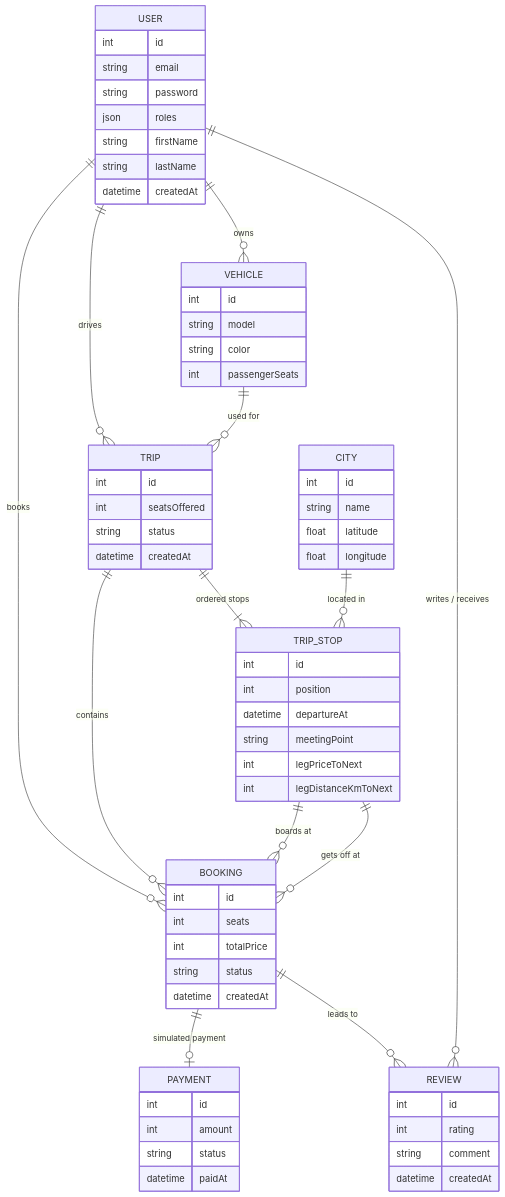
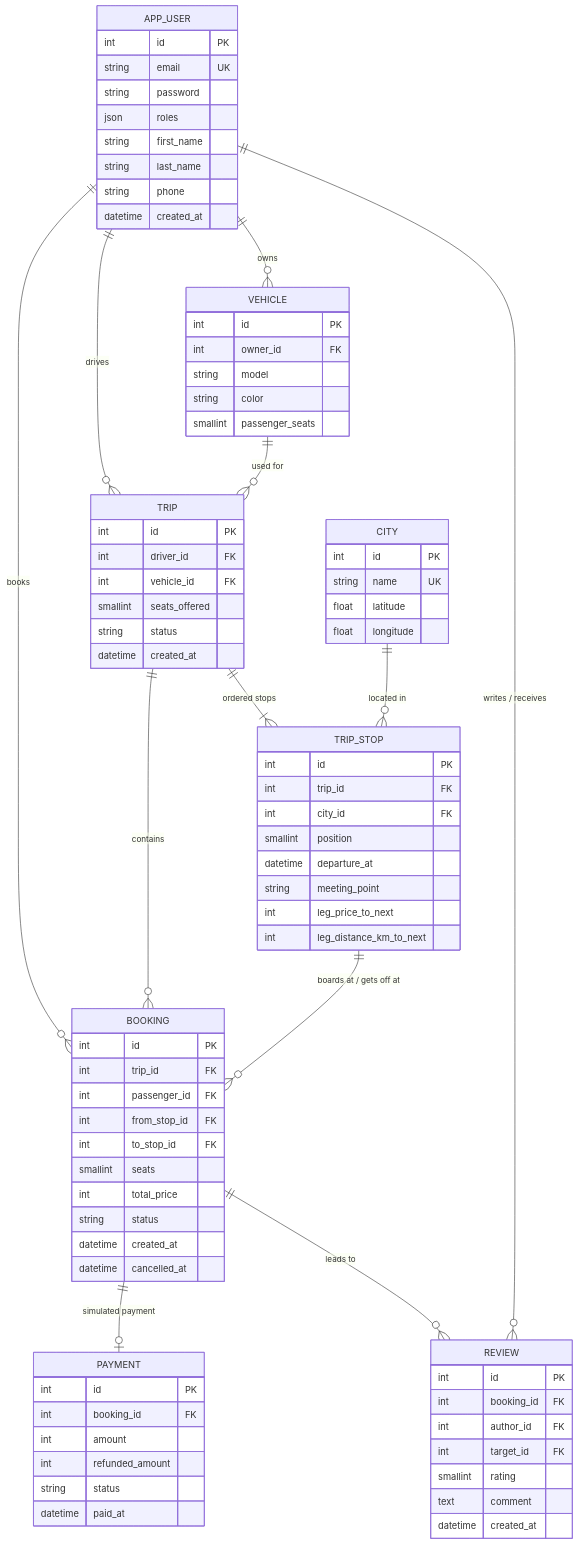
One commit to oubellaismail/rihla changed the diagram in docs/MODELE.md. Above: the diagram before and after it, drawn with Mermaid. The commit also changed other lines of this file and 2 other files, not shown here.

Commit message:
docs: align data model with the code and record Level 1 decisions
MODELE.md now lists the real columns, database constraints and
validator rules; README marks Level 1 done and lists demo accounts.

````diff
--- a/docs/MODELE.md
+++ b/docs/MODELE.md
@@ -15,70 +16,85 @@
 ```mermaid
 erDiagram
-    USER ||--o{ VEHICLE : owns
-    USER ||--o{ TRIP : drives
-    USER ||--o{ BOOKING : books
+    APP_USER ||--o{ VEHICLE : owns
+    APP_USER ||--o{ TRIP : drives
+    APP_USER ||--o{ BOOKING : books
     VEHICLE ||--o{ TRIP : "used for"
     TRIP ||--|{ TRIP_STOP : "ordered stops"
     CITY ||--o{ TRIP_STOP : "located in"
     TRIP ||--o{ BOOKING : contains
-    TRIP_STOP ||--o{ BOOKING : "boards at"
-    TRIP_STOP ||--o{ BOOKING : "gets off at"
+    TRIP_STOP ||--o{ BOOKING : "boards at / gets off at"
     BOOKING ||--o| PAYMENT : "simulated payment"
     BOOKING ||--o{ REVIEW : "leads to"
-    USER ||--o{ REVIEW : "writes / receives"
+    APP_USER ||--o{ REVIEW : "writes / receives"
 
-    USER {
-        int id
-        string email
+    APP_USER {
+        int id PK
+        string email UK
         string password
         json roles
-        string firstName
-        string lastName
-        datetime createdAt
+        string first_name
+        string last_name
+        string phone
+        datetime created_at
     }
     VEHICLE {
-        int id
+        int id PK
+        int owner_id FK
         string model
         string color
-        int passengerSeats
+        smallint passenger_seats
     }
     CITY {
-        int id
-        string name
+        int id PK
+        string name UK
         float latitude
         float longitude
     }
     TRIP {
-        int id
-        int seatsOffered
+        int id PK
+        int driver_id FK
+        int vehicle_id FK
+        smallint seats_offered
         string status
-        datetime createdAt
+        datetime created_at
     }
     TRIP_STOP {
-        int id
-        int position
-        datetime departureAt
-        string meetingPoint
-        int legPriceToNext
-        int legDistanceKmToNext
+        int id PK
+        int trip_id FK
+        int city_id FK
+        smallint position
+        datetime departure_at
+        string meeting_point
+        int leg_price_to_next
+        int leg_distance_km_to_next
     }
     BOOKING {
-        int id
-        int seats
-        int totalPrice
+        int id PK
+        int trip_id FK
+        int passenger_id FK
+        int from_stop_id FK
+        int to_stop_id FK
+        smallint seats
+        int total_price
         string status
-        datetime createdAt
+        datetime created_at
+        datetime cancelled_at
     }
     PAYMENT {
-        int id
+        int id PK
+        int booking_id FK
         int amount
+        int refunded_amount
         string status
-        datetime paidAt
+        datetime paid_at
     }
     REVIEW {
-        int id
-        int rating
-        string comment
-        datetime createdAt
+        int id PK
+        int booking_id FK
+        int author_id FK
+        int target_id FK
+        smallint rating
+        text comment
+        datetime created_at
     }
 ```
````
